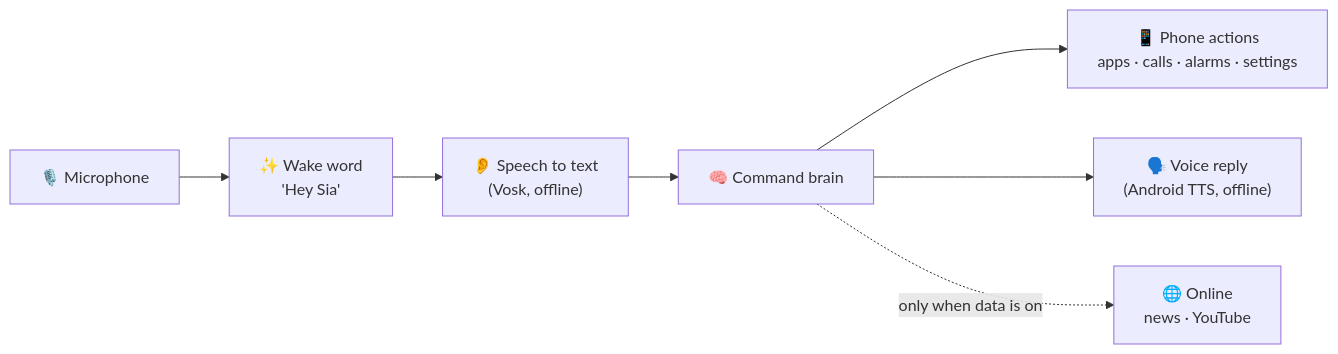
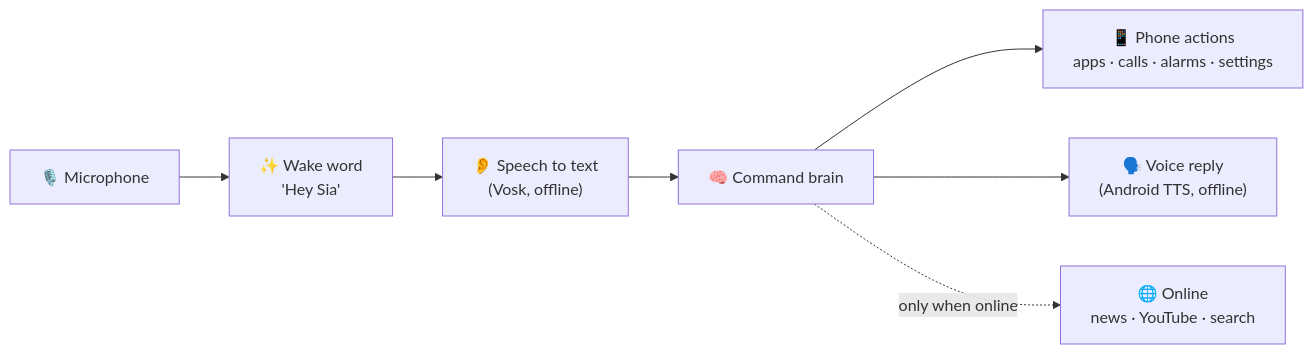
Before and after one commit to nuhanhabib/Hey-Sia: the diagram in README.md, drawn with Mermaid. The commit also changed other lines of this file and 16 other files, not shown here.

````diff
--- a/README.md
+++ b/README.md
@@ -59,9 +118,9 @@
 ```mermaid
 flowchart LR
     A["🎙️ Microphone"] --> B["✨ Wake word<br/>'Hey Sia'"]
     B --> C["👂 Speech to text<br/>(Vosk, offline)"]
     C --> D["🧠 Command brain"]
     D --> E["📱 Phone actions<br/>apps · calls · alarms · settings"]
     D --> F["🗣️ Voice reply<br/>(Android TTS, offline)"]
-    D -. "only when data is on" .-> G["🌐 Online<br/>news · YouTube"]
+    D -. "only when online" .-> G["🌐 Online<br/>news · YouTube · search"]
 ```
````
